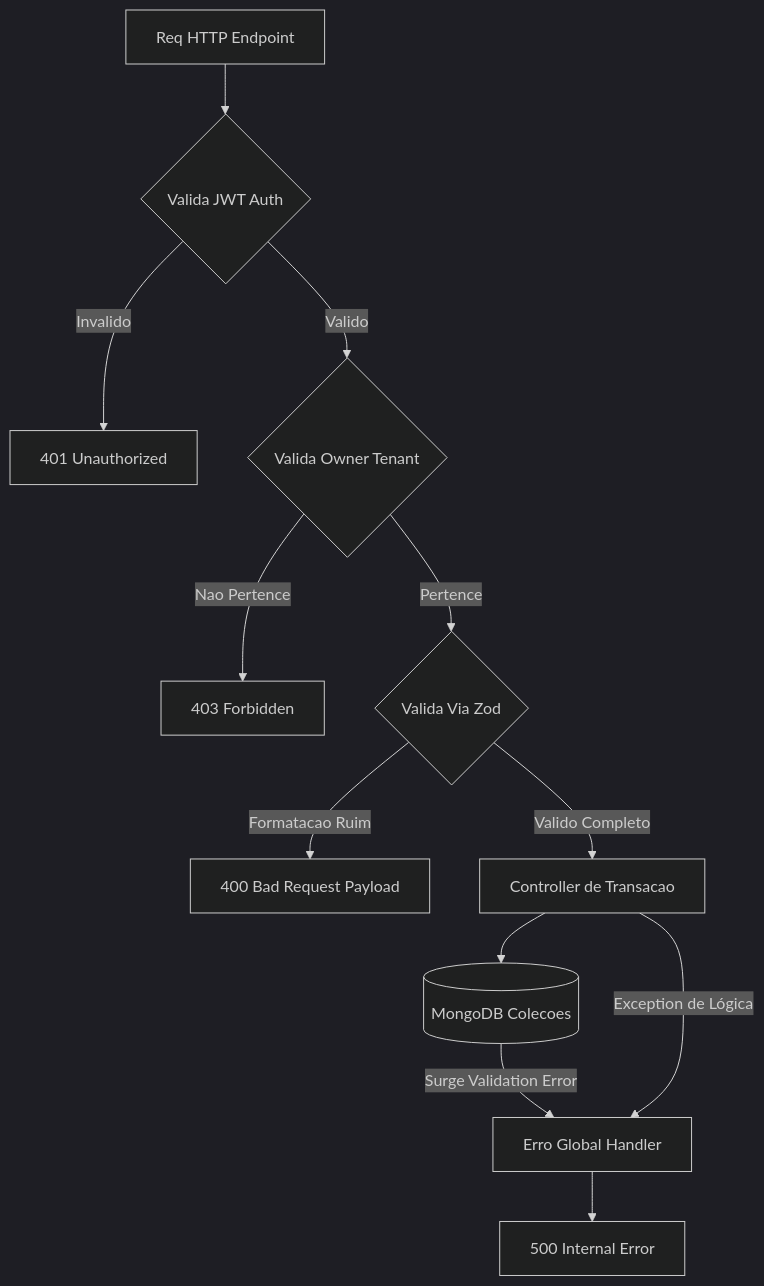
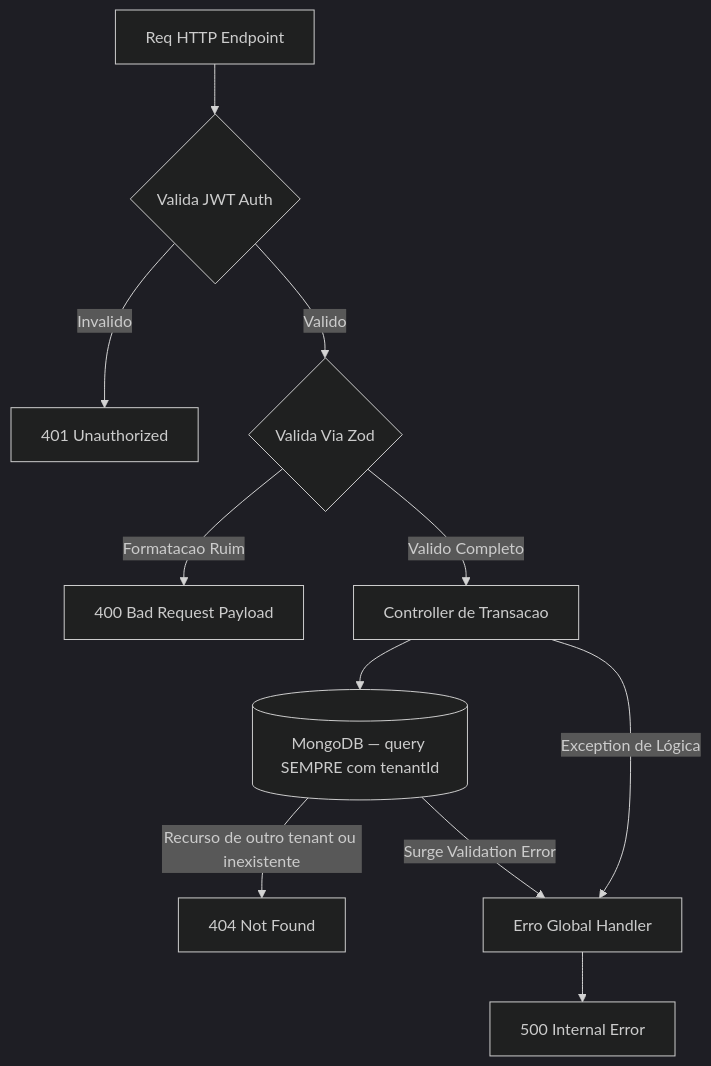
The second of 4 diagrams in docs/Docs Arqueturais/FDD_Sistema_Rotas_API-diagrams.md (andredosreis/laura-saas-agenda), drawn with Mermaid (dark theme) before and after one commit. The commit also changed other lines of this file and 10 other files, not shown here.

````diff
--- a/docs/Docs Arqueturais/FDD_Sistema_Rotas_API-diagrams.md
+++ b/docs/Docs Arqueturais/FDD_Sistema_Rotas_API-diagrams.md
@@ -78,20 +76,19 @@
 ```mermaid
 flowchart TD
     Req[Req HTTP Endpoint] --> A{Valida JWT Auth}
     
     A -->|Invalido| E401[401 Unauthorized]
-    A -->|Valido| T{Valida Owner Tenant}
-    
-    T -->|Nao Pertence| E403[403 Forbidden]
-    T -->|Pertence| Z{Valida Via Zod}
+    A -->|Valido| Z{Valida Via Zod}
     
     Z -->|Formatacao Ruim| E400[400 Bad Request Payload]
     Z -->|Valido Completo| C[Controller de Transacao]
     
-    C --> DB[(MongoDB Colecoes)]
+    C --> DB[(MongoDB — query SEMPRE com tenantId)]
+    
+    DB -->|Recurso de outro tenant ou inexistente| E404[404 Not Found]
     
     DB -->|Surge Validation Error| EG[Erro Global Handler]
     C -->|Exception de Lógica| EG
     
     EG --> E500[500 Internal Error]
 ```
````
